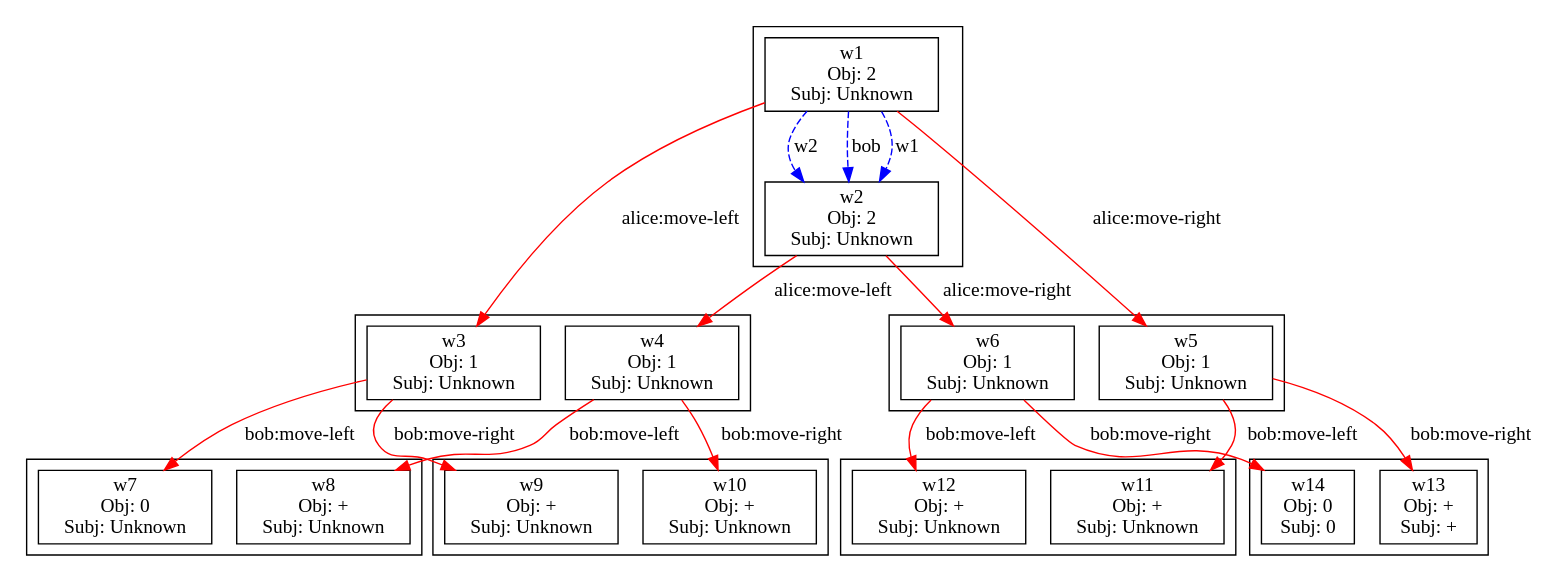
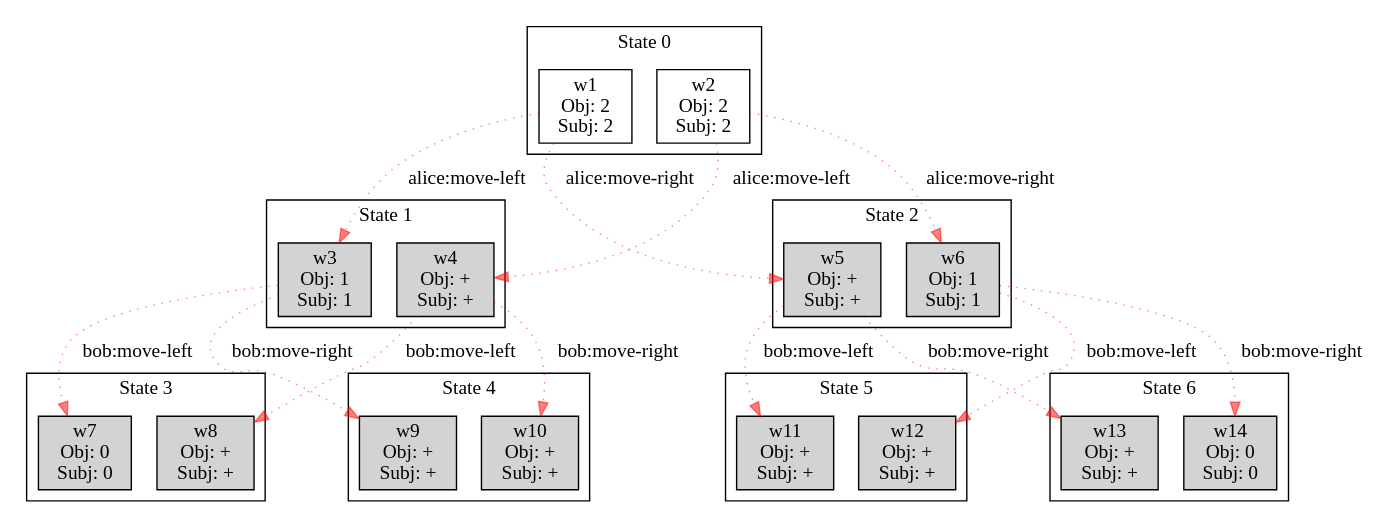
One commit to victorianunezr/implicit-coordination changed the diagram in epddl/output/goalrecognition-lever.dot. Above: the diagram before and after it, drawn with Graphviz. The commit also changed 6 other files, not shown here.

```diff
--- a/epddl/output/goalrecognition-lever.dot
+++ b/epddl/output/goalrecognition-lever.dot
@@ -1,53 +1,58 @@
 digraph Worlds {
+  rankdir=TB;  // CHANGED: States arranged top-to-bottom
   node [shape=box];
-  subgraph cluster_0 {
+  subgraph cluster_state0 {
     rank = same;
-    "1" [label="w1\nObj: 2\nSubj: Unknown"];
-    "2" [label="w2\nObj: 2\nSubj: Unknown"];
+    label = "State 0";
+    "1" [label="w1\nObj: 2\nSubj: 2"];
+    "2" [label="w2\nObj: 2\nSubj: 2"];
   }
-  subgraph cluster_1 {
+  subgraph cluster_state1 {
     rank = same;
-    "3" [label="w3\nObj: 1\nSubj: Unknown"];
-    "4" [label="w4\nObj: 1\nSubj: Unknown"];
+    label = "State 1";
+    "3" [label="w3\nObj: 1\nSubj: 1", style=filled, fillcolor=lightgray];
+    "4" [label="w4\nObj: +\nSubj: +", style=filled, fillcolor=lightgray];
   }
-  subgraph cluster_3 {
+  subgraph cluster_state3 {
     rank = same;
-    "7" [label="w7\nObj: 0\nSubj: Unknown"];
-    "8" [label="w8\nObj: +\nSubj: Unknown"];
+    label = "State 3";
+    "7" [label="w7\nObj: 0\nSubj: 0", style=filled, fillcolor=lightgray];
+    "8" [label="w8\nObj: +\nSubj: +", style=filled, fillcolor=lightgray];
   }
-  subgraph cluster_4 {
+  subgraph cluster_state4 {
     rank = same;
-    "9" [label="w9\nObj: +\nSubj: Unknown"];
-    "10" [label="w10\nObj: +\nSubj: Unknown"];
+    label = "State 4";
+    "9" [label="w9\nObj: +\nSubj: +", style=filled, fillcolor=lightgray];
+    "10" [label="w10\nObj: +\nSubj: +", style=filled, fillcolor=lightgray];
   }
-  subgraph cluster_2 {
+  subgraph cluster_state2 {
     rank = same;
-    "5" [label="w5\nObj: 1\nSubj: Unknown"];
-    "6" [label="w6\nObj: 1\nSubj: Unknown"];
+    label = "State 2";
+    "5" [label="w5\nObj: +\nSubj: +", style=filled, fillcolor=lightgray];
+    "6" [label="w6\nObj: 1\nSubj: 1", style=filled, fillcolor=lightgray];
   }
-  subgraph cluster_5 {
+  subgraph cluster_state5 {
     rank = same;
-    "11" [label="w11\nObj: +\nSubj: Unknown"];
-    "12" [label="w12\nObj: +\nSubj: Unknown"];
+    label = "State 5";
+    "11" [label="w11\nObj: +\nSubj: +", style=filled, fillcolor=lightgray];
+    "12" [label="w12\nObj: +\nSubj: +", style=filled, fillcolor=lightgray];
   }
-  subgraph cluster_6 {
+  subgraph cluster_state6 {
     rank = same;
-    "13" [label="w13\nObj: +\nSubj: +"];
-    "14" [label="w14\nObj: 0\nSubj: 0"];
+    label = "State 6";
+    "13" [label="w13\nObj: +\nSubj: +", style=filled, fillcolor=lightgray];
+    "14" [label="w14\nObj: 0\nSubj: 0", style=filled, fillcolor=lightgray];
   }
-  "1" -> "2" [label="w1", color=blue, style=dashed];
-  "1" -> "2" [label="w2", color=blue, style=dashed];
-  "1" -> "2" [label="bob", color=blue, style=dashed];
-  "1" -> "3" [label="alice:move-left", color=red, style=solid];
-  "1" -> "5" [label="alice:move-right", color=red, style=solid];
-  "2" -> "4" [label="alice:move-left", color=red, style=solid];
-  "2" -> "6" [label="alice:move-right", color=red, style=solid];
-  "3" -> "7" [label="bob:move-left", color=red, style=solid];
-  "3" -> "9" [label="bob:move-right", color=red, style=solid];
-  "4" -> "8" [label="bob:move-left", color=red, style=solid];
-  "4" -> "10" [label="bob:move-right", color=red, style=solid];
-  "5" -> "11" [label="bob:move-left", color=red, style=solid];
-  "5" -> "13" [label="bob:move-right", color=red, style=solid];
-  "6" -> "12" [label="bob:move-left", color=red, style=solid];
-  "6" -> "14" [label="bob:move-right", color=red, style=solid];
+  "1" -> "3" [label="alice:move-left", color="#FF000080", style=dotted]; // CHANGED: Mark pruned edges with dotted style and lower opacity
+  "1" -> "5" [label="alice:move-right", color="#FF000080", style=dotted]; // CHANGED: Mark pruned edges with dotted style and lower opacity
+  "2" -> "4" [label="alice:move-left", color="#FF000080", style=dotted]; // CHANGED: Mark pruned edges with dotted style and lower opacity
+  "2" -> "6" [label="alice:move-right", color="#FF000080", style=dotted]; // CHANGED: Mark pruned edges with dotted style and lower opacity
+  "3" -> "7" [label="bob:move-left", color="#FF000080", style=dotted]; // CHANGED: Mark pruned edges with dotted style and lower opacity
+  "3" -> "9" [label="bob:move-right", color="#FF000080", style=dotted]; // CHANGED: Mark pruned edges with dotted style and lower opacity
+  "4" -> "8" [label="bob:move-left", color="#FF000080", style=dotted]; // CHANGED: Mark pruned edges with dotted style and lower opacity
+  "4" -> "10" [label="bob:move-right", color="#FF000080", style=dotted]; // CHANGED: Mark pruned edges with dotted style and lower opacity
+  "5" -> "11" [label="bob:move-left", color="#FF000080", style=dotted]; // CHANGED: Mark pruned edges with dotted style and lower opacity
+  "5" -> "13" [label="bob:move-right", color="#FF000080", style=dotted]; // CHANGED: Mark pruned edges with dotted style and lower opacity
+  "6" -> "12" [label="bob:move-left", color="#FF000080", style=dotted]; // CHANGED: Mark pruned edges with dotted style and lower opacity
+  "6" -> "14" [label="bob:move-right", color="#FF000080", style=dotted]; // CHANGED: Mark pruned edges with dotted style and lower opacity
 }
```
